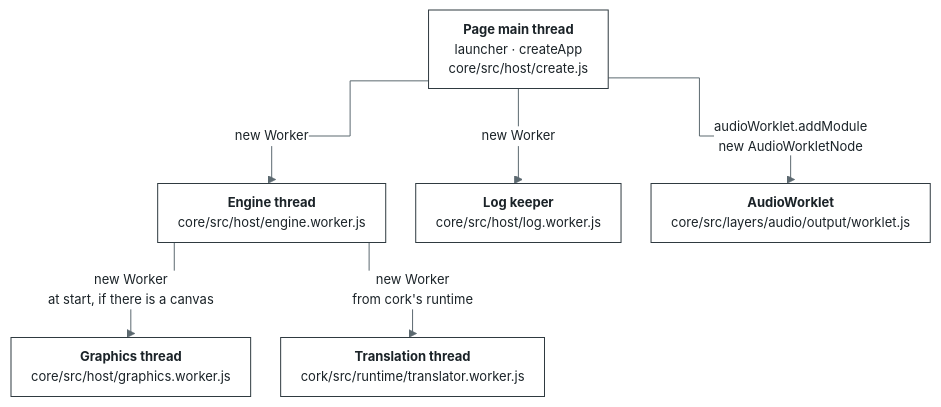
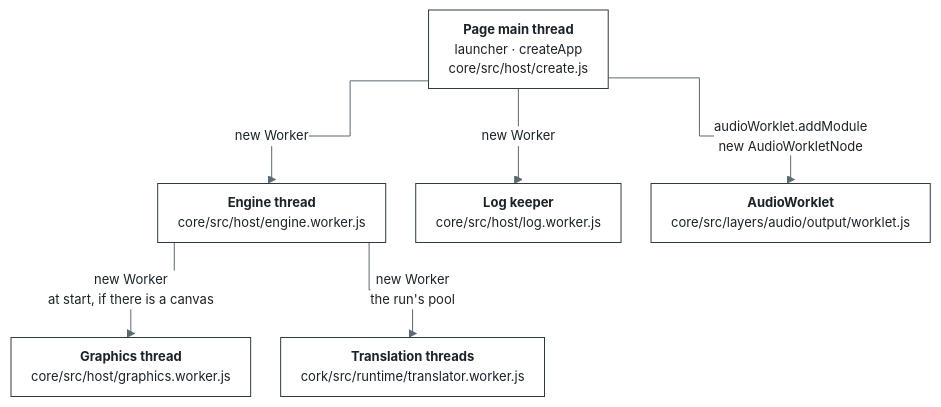
Before and after one commit to bottlify/bottlify: the first of 12 diagrams in docs/architecture.md, drawn with Mermaid. The commit also changed other lines of this file and 13 other files, not shown here.

````diff
--- a/docs/architecture.md
+++ b/docs/architecture.md
@@ -132,15 +133,15 @@
 ```mermaid
 %%{init: {"theme": "base", "flowchart": {"curve": "step", "nodeSpacing": 30, "rankSpacing": 56, "padding": 10}, "themeVariables": {"fontFamily": "Inter, Segoe UI, Helvetica, Arial, sans-serif", "fontSize": "13px", "primaryColor": "#FFFFFF", "primaryBorderColor": "#2F3A40", "primaryTextColor": "#1B2328", "lineColor": "#5C6970", "clusterBkg": "#F3F5F6", "clusterBorder": "#9AA6AC", "edgeLabelBackground": "#FFFFFF"}}}%%
 flowchart TB
   P["<b>Page main thread</b><br/>launcher · createApp<br/>core/src/host/create.js"]
   E["<b>Engine thread</b><br/>core/src/host/engine.worker.js"]
   K["<b>Log keeper</b><br/>core/src/host/log.worker.js"]
   A["<b>AudioWorklet</b><br/>core/src/layers/audio/output/worklet.js"]
   G["<b>Graphics thread</b><br/>core/src/host/graphics.worker.js"]
-  T["<b>Translation thread</b><br/>cork/src/runtime/translator.worker.js"]
+  T["<b>Translation threads</b><br/>cork/src/runtime/translator.worker.js"]
   P -->|"new Worker"| E
   P -->|"new Worker"| K
   P -->|"audioWorklet.addModule<br/>new AudioWorkletNode"| A
   E -->|"new Worker<br/>at start, if there is a canvas"| G
-  E -->|"new Worker<br/>from cork's runtime"| T
+  E -->|"new Worker<br/>the run's pool"| T
 ```
````
